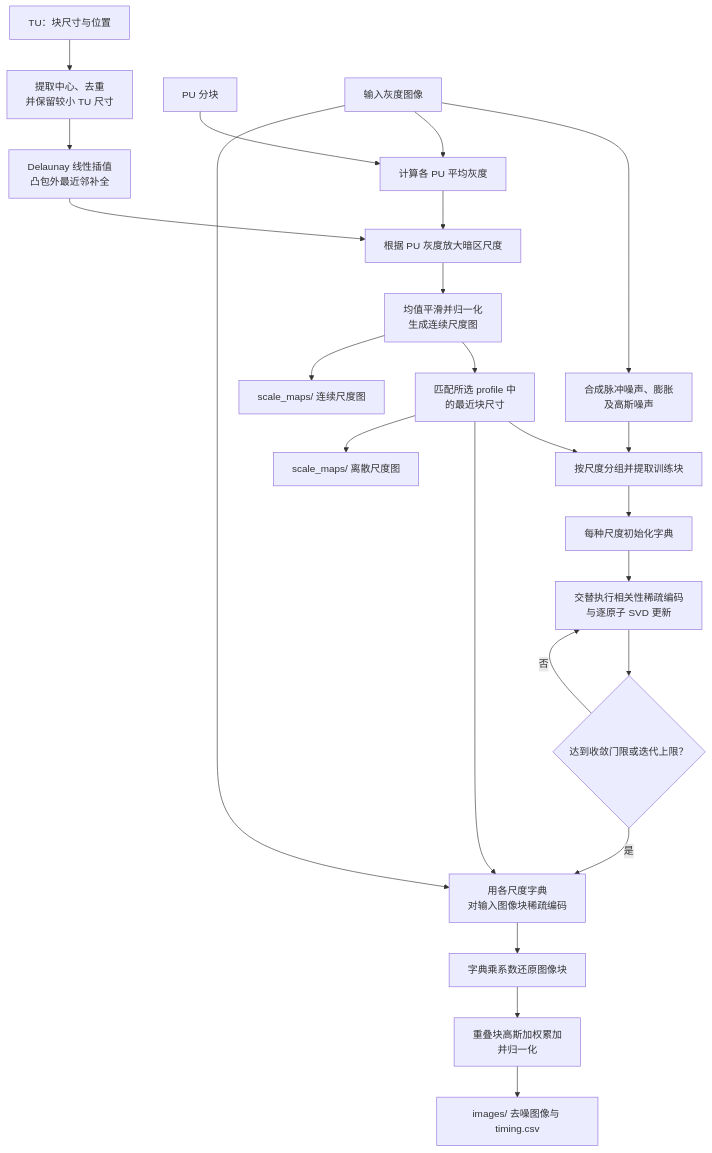
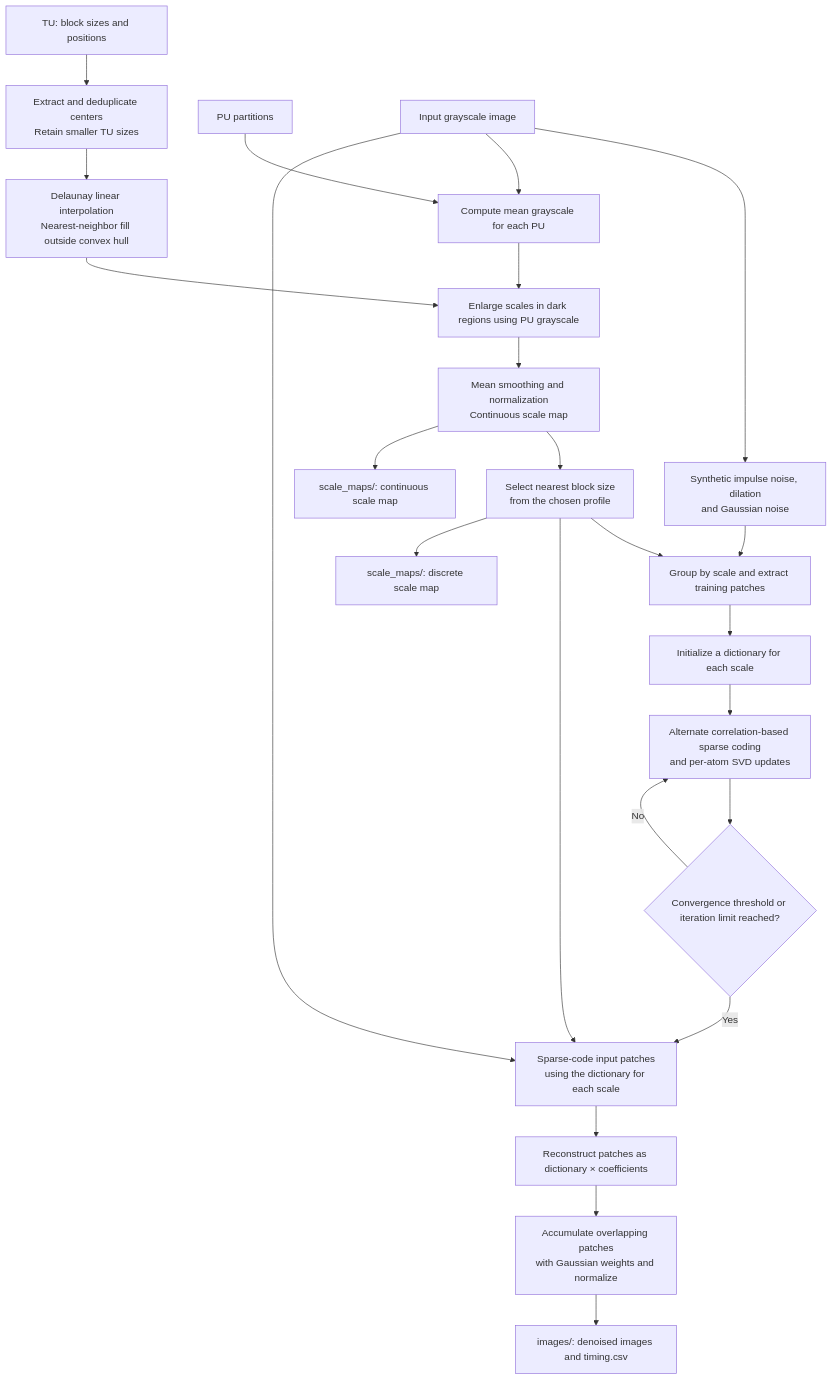
The fourth of 7 diagrams in README.md (LumaVistaLab/hevc-ksvd-mamba-for-ultrasound), drawn with Mermaid before and after one commit. The commit also changed other lines of this file and 3 other files, not shown here.

````diff
--- a/README.md
+++ b/README.md
@@ -275,26 +312,26 @@
 ```mermaid
 flowchart TD
-    TU["TU：块尺寸与位置"] --> Centers["提取中心、去重<br/>并保留较小 TU 尺寸"]
-    Centers --> Interpolation["Delaunay 线性插值<br/>凸包外最近邻补全"]
-    PU["PU 分块"] --> Brightness["计算各 PU 平均灰度"]
-    Interpolation --> Zoom["根据 PU 灰度放大暗区尺度"]
+    TU["TU: block sizes and positions"] --> Centers["Extract and deduplicate centers<br/>Retain smaller TU sizes"]
+    Centers --> Interpolation["Delaunay linear interpolation<br/>Nearest-neighbor fill outside convex hull"]
+    PU["PU partitions"] --> Brightness["Compute mean grayscale for each PU"]
+    Interpolation --> Zoom["Enlarge scales in dark regions using PU grayscale"]
     Brightness --> Zoom
-    Zoom --> Smooth["均值平滑并归一化<br/>生成连续尺度图"]
-    Smooth --> Discrete["匹配所选 profile 中<br/>的最近块尺寸"]
-    Discrete --> TrainingPatches["按尺度分组并提取训练块"]
-    Image["输入灰度图像"] --> Noise["合成脉冲噪声、膨胀<br/>及高斯噪声"]
+    Zoom --> Smooth["Mean smoothing and normalization<br/>Continuous scale map"]
+    Smooth --> Discrete["Select nearest block size<br/>from the chosen profile"]
+    Discrete --> TrainingPatches["Group by scale and extract training patches"]
+    Image["Input grayscale image"] --> Noise["Synthetic impulse noise, dilation<br/>and Gaussian noise"]
     Image --> Brightness
     Noise --> TrainingPatches
-    TrainingPatches --> Dictionary["每种尺度初始化字典"]
-    Dictionary --> Learn["交替执行相关性稀疏编码<br/>与逐原子 SVD 更新"]
-    Learn --> Stop{"达到收敛门限或迭代上限？"}
-    Stop -->|否| Learn
-    Stop -->|是| Encode["用各尺度字典<br/>对输入图像块稀疏编码"]
+    TrainingPatches --> Dictionary["Initialize a dictionary for each scale"]
+    Dictionary --> Learn["Alternate correlation-based sparse coding<br/>and per-atom SVD updates"]
+    Learn --> Stop{"Convergence threshold or iteration limit reached?"}
+    Stop -->|No| Learn
+    Stop -->|Yes| Encode["Sparse-code input patches<br/>using the dictionary for each scale"]
     Image --> Encode
     Discrete --> Encode
-    Encode --> Reconstruct["字典乘系数还原图像块"]
-    Reconstruct --> Fusion["重叠块高斯加权累加<br/>并归一化"]
-    Fusion --> Output["images/ 去噪图像与 timing.csv"]
-    Smooth --> Continuous["scale_maps/ 连续尺度图"]
-    Discrete --> DiscreteOutput["scale_maps/ 离散尺度图"]
+    Encode --> Reconstruct["Reconstruct patches as dictionary × coefficients"]
+    Reconstruct --> Fusion["Accumulate overlapping patches<br/>with Gaussian weights and normalize"]
+    Fusion --> Output["images/: denoised images and timing.csv"]
+    Smooth --> Continuous["scale_maps/: continuous scale map"]
+    Discrete --> DiscreteOutput["scale_maps/: discrete scale map"]
 ```
````
